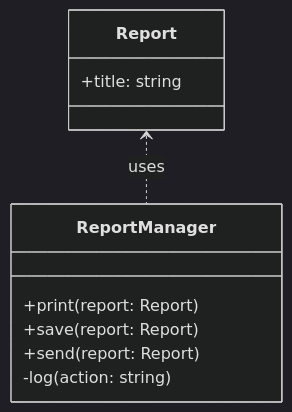
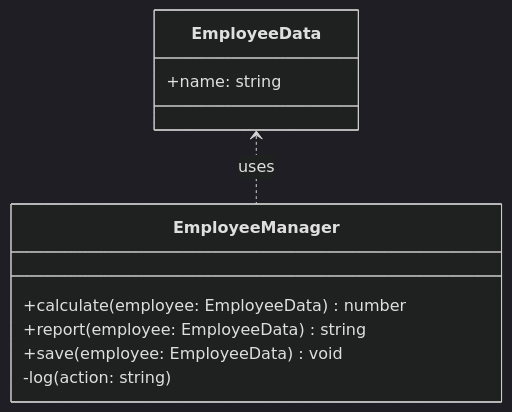
One commit to shuji-bonji/Notes-on-SOLID-Principle changed the sixth of 8 diagrams in docs/single-responsibility-principle.md. Above: the diagram before and after it, drawn with Mermaid (dark theme). The commit also changed other lines of this file and 1 other file, not shown here.

````diff
--- a/docs/single-responsibility-principle.md
+++ b/docs/single-responsibility-principle.md
@@ -257,15 +336,15 @@
 ```mermaid
 classDiagram
-  class Report {
-    +title: string
+  class EmployeeData {
+    +name: string
   }
 
-  class ReportManager {
-    +print(report: Report)
-    +save(report: Report)
-    +send(report: Report)
+  class EmployeeManager {
+    +calculate(employee: EmployeeData) number
+    +report(employee: EmployeeData) string
+    +save(employee: EmployeeData) void
     -log(action: string)
   }
 
-  Report <.. ReportManager : uses
+  EmployeeData <.. EmployeeManager : uses
 ```
````
